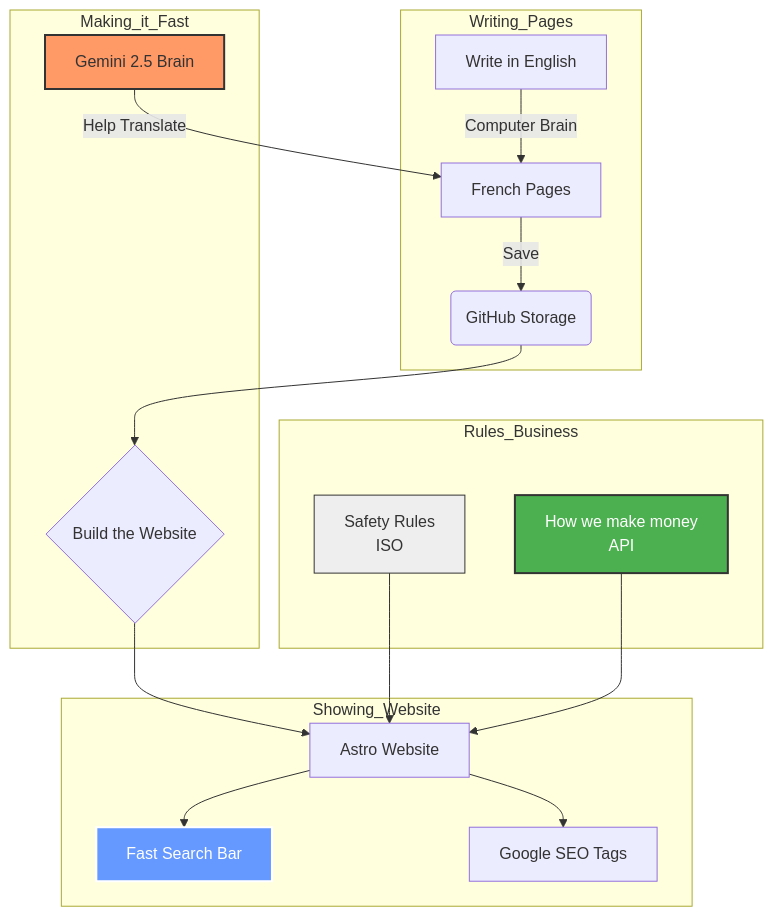
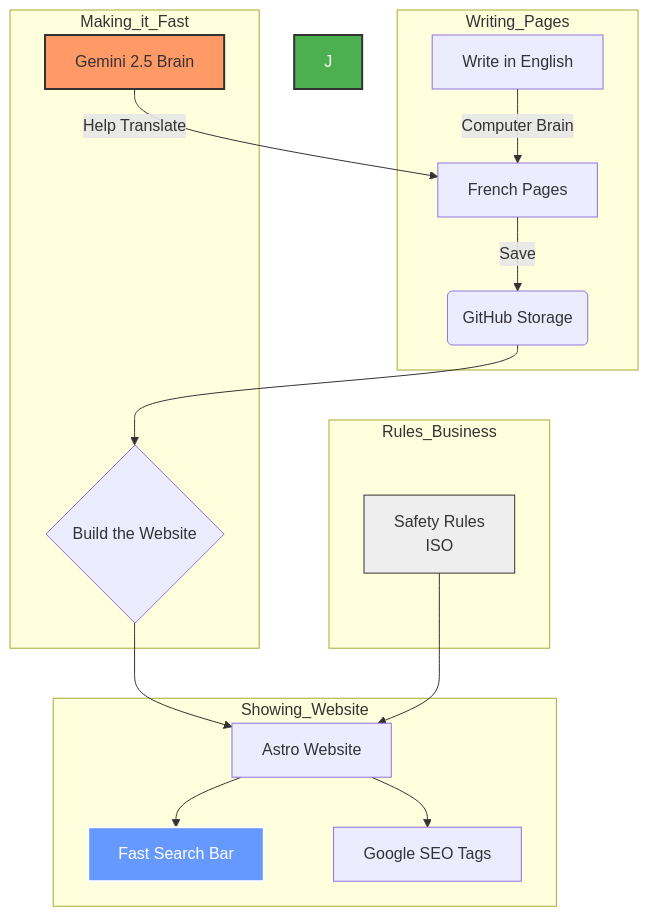
One commit to csspecialist/Technical-Portfolio-2026 changed the diagram in README.md. Above: the diagram before and after it, drawn with Mermaid.

Commit message:
fix: updated flow

````diff
--- a/README.md
+++ b/README.md
@@ -21,28 +21,27 @@
 ```mermaid
 graph TD
     subgraph Writing_Pages
         A[Write in English] -->|Computer Brain| B[French Pages]
         B -->|Save| C(GitHub Storage)
     end
 
     subgraph Making_it_Fast
         D[Gemini 2.5 Brain] -->|Help Translate| B
         C --> E{Build the Website}
     end
 
     subgraph Showing_Website
         E --> F[Astro Website]
         F --> G[Fast Search Bar]
         F --> H[Google SEO Tags]
     end
 
     subgraph Rules_Business
         I[Safety Rules<br>ISO] --> F
-        J[How we make money<br>API] --> F
     end
 
     style D fill:#f96,stroke:#333,stroke-width:2px
     style G fill:#69f,stroke:#fff,stroke-width:2px,color:#fff
     style J fill:#4CAF50,stroke:#333,stroke-width:2px,color:#fff
     style I fill:#eee,stroke:#333
 ```
````
